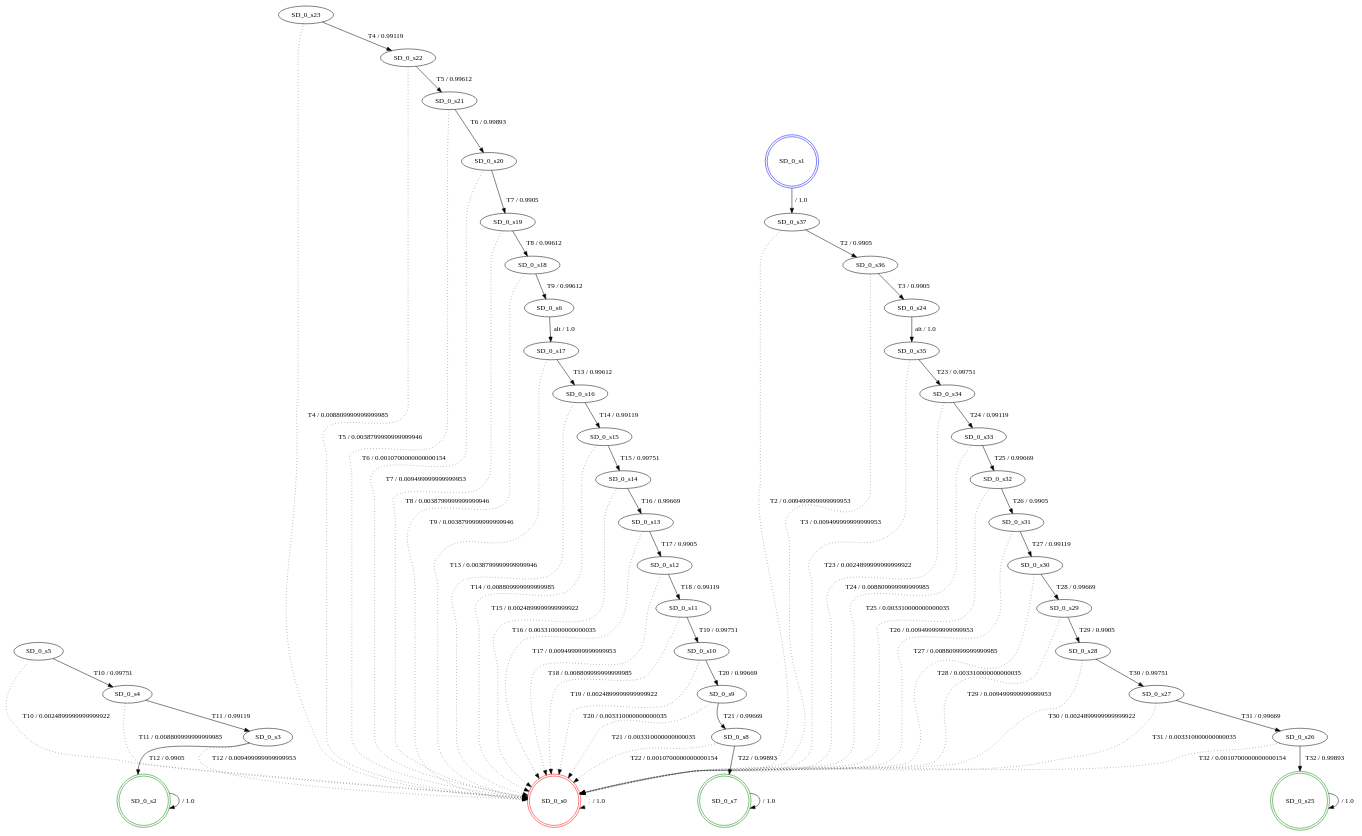
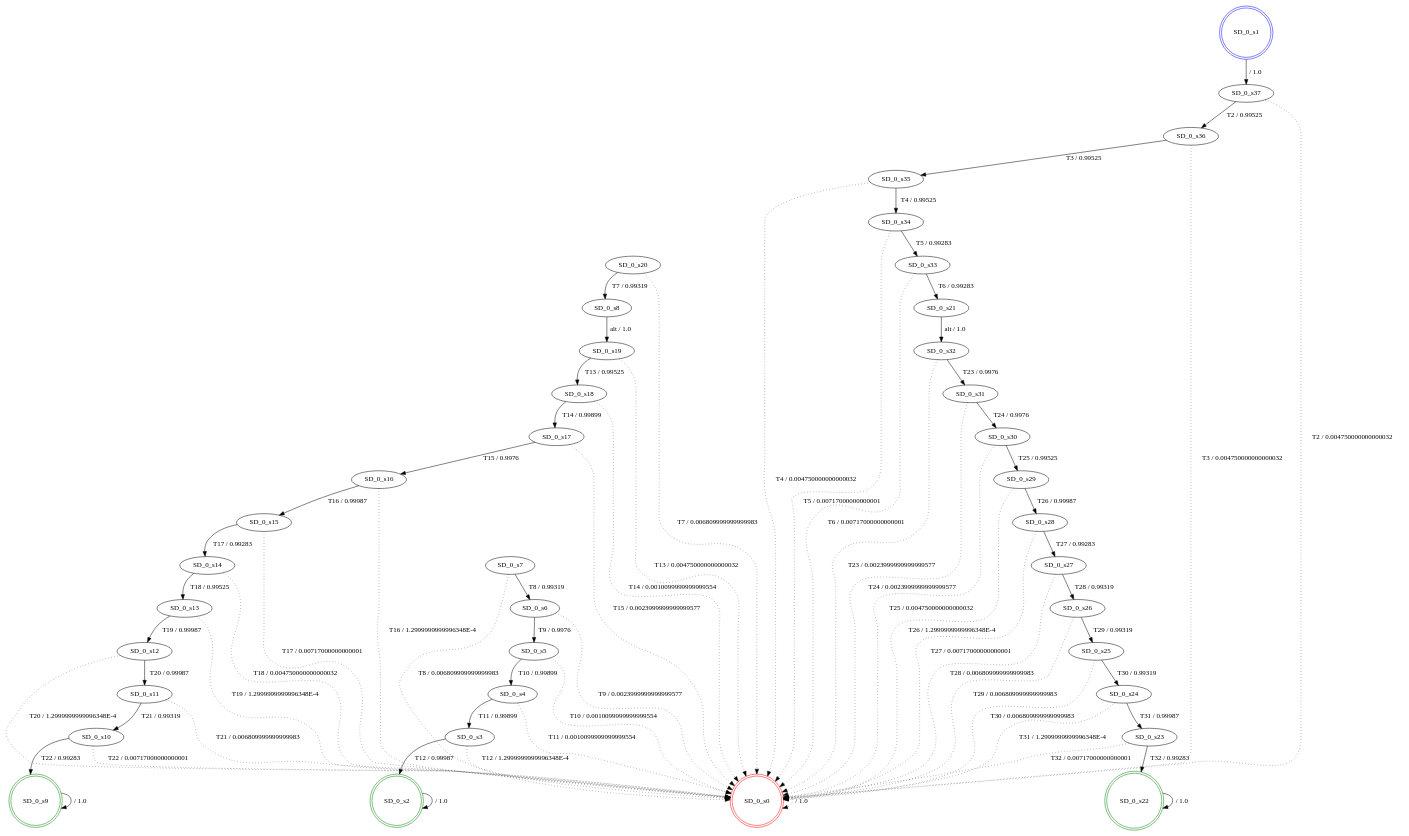
The diagram in src/results_joao/fdtmc_SD_0.dot (SPLMC/spl-generator), drawn with Graphviz before and after one commit. The commit also changed 20 other files, not shown here.

```diff
--- a/src/results_joao/fdtmc_SD_0.dot
+++ b/src/results_joao/fdtmc_SD_0.dot
@@ -1,109 +1,109 @@
 digraph graphname {
 SD_0_s0 [label="SD_0_s0",color=red,shape=doublecircle ];
 SD_0_s1 [label="SD_0_s1",color=blue,shape=doublecircle ];
 SD_0_s2 [label="SD_0_s2",color=green,shape=doublecircle ];
 SD_0_s3 [label="SD_0_s3" ];
 SD_0_s4 [label="SD_0_s4" ];
 SD_0_s5 [label="SD_0_s5" ];
 SD_0_s6 [label="SD_0_s6" ];
-SD_0_s7 [label="SD_0_s7",color=green,shape=doublecircle ];
+SD_0_s7 [label="SD_0_s7" ];
 SD_0_s8 [label="SD_0_s8" ];
-SD_0_s9 [label="SD_0_s9" ];
+SD_0_s9 [label="SD_0_s9",color=green,shape=doublecircle ];
 SD_0_s10 [label="SD_0_s10" ];
 SD_0_s11 [label="SD_0_s11" ];
 SD_0_s12 [label="SD_0_s12" ];
 SD_0_s13 [label="SD_0_s13" ];
 SD_0_s14 [label="SD_0_s14" ];
 SD_0_s15 [label="SD_0_s15" ];
 SD_0_s16 [label="SD_0_s16" ];
 SD_0_s17 [label="SD_0_s17" ];
 SD_0_s18 [label="SD_0_s18" ];
 SD_0_s19 [label="SD_0_s19" ];
 SD_0_s20 [label="SD_0_s20" ];
 SD_0_s21 [label="SD_0_s21" ];
-SD_0_s22 [label="SD_0_s22" ];
+SD_0_s22 [label="SD_0_s22",color=green,shape=doublecircle ];
 SD_0_s23 [label="SD_0_s23" ];
 SD_0_s24 [label="SD_0_s24" ];
-SD_0_s25 [label="SD_0_s25",color=green,shape=doublecircle ];
+SD_0_s25 [label="SD_0_s25" ];
 SD_0_s26 [label="SD_0_s26" ];
 SD_0_s27 [label="SD_0_s27" ];
 SD_0_s28 [label="SD_0_s28" ];
 SD_0_s29 [label="SD_0_s29" ];
 SD_0_s30 [label="SD_0_s30" ];
 SD_0_s31 [label="SD_0_s31" ];
 SD_0_s32 [label="SD_0_s32" ];
 SD_0_s33 [label="SD_0_s33" ];
 SD_0_s34 [label="SD_0_s34" ];
 SD_0_s35 [label="SD_0_s35" ];
 SD_0_s36 [label="SD_0_s36" ];
 SD_0_s37 [label="SD_0_s37" ];
 SD_0_s0 -> SD_0_s0 [label=" / 1.0", style=dotted];
 SD_0_s1 -> SD_0_s37 [label=" / 1.0"];
 SD_0_s2 -> SD_0_s2 [label=" / 1.0"];
-SD_0_s3 -> SD_0_s2 [label="T12 / 0.9905"];
-SD_0_s3 -> SD_0_s0 [label="T12 / 0.009499999999999953", style=dotted];
-SD_0_s4 -> SD_0_s3 [label="T11 / 0.99119"];
-SD_0_s4 -> SD_0_s0 [label="T11 / 0.008809999999999985", style=dotted];
-SD_0_s5 -> SD_0_s4 [label="T10 / 0.99751"];
-SD_0_s5 -> SD_0_s0 [label="T10 / 0.0024899999999999922", style=dotted];
-SD_0_s6 -> SD_0_s17 [label="alt / 1.0"];
-SD_0_s7 -> SD_0_s7 [label=" / 1.0"];
-SD_0_s8 -> SD_0_s7 [label="T22 / 0.99893"];
-SD_0_s8 -> SD_0_s0 [label="T22 / 0.0010700000000000154", style=dotted];
-SD_0_s9 -> SD_0_s8 [label="T21 / 0.99669"];
-SD_0_s9 -> SD_0_s0 [label="T21 / 0.003310000000000035", style=dotted];
-SD_0_s10 -> SD_0_s9 [label="T20 / 0.99669"];
-SD_0_s10 -> SD_0_s0 [label="T20 / 0.003310000000000035", style=dotted];
-SD_0_s11 -> SD_0_s10 [label="T19 / 0.99751"];
-SD_0_s11 -> SD_0_s0 [label="T19 / 0.0024899999999999922", style=dotted];
-SD_0_s12 -> SD_0_s11 [label="T18 / 0.99119"];
-SD_0_s12 -> SD_0_s0 [label="T18 / 0.008809999999999985", style=dotted];
-SD_0_s13 -> SD_0_s12 [label="T17 / 0.9905"];
-SD_0_s13 -> SD_0_s0 [label="T17 / 0.009499999999999953", style=dotted];
-SD_0_s14 -> SD_0_s13 [label="T16 / 0.99669"];
-SD_0_s14 -> SD_0_s0 [label="T16 / 0.003310000000000035", style=dotted];
-SD_0_s15 -> SD_0_s14 [label="T15 / 0.99751"];
-SD_0_s15 -> SD_0_s0 [label="T15 / 0.0024899999999999922", style=dotted];
-SD_0_s16 -> SD_0_s15 [label="T14 / 0.99119"];
-SD_0_s16 -> SD_0_s0 [label="T14 / 0.008809999999999985", style=dotted];
-SD_0_s17 -> SD_0_s16 [label="T13 / 0.99612"];
-SD_0_s17 -> SD_0_s0 [label="T13 / 0.0038799999999999946", style=dotted];
-SD_0_s18 -> SD_0_s6 [label="T9 / 0.99612"];
-SD_0_s18 -> SD_0_s0 [label="T9 / 0.0038799999999999946", style=dotted];
-SD_0_s19 -> SD_0_s18 [label="T8 / 0.99612"];
-SD_0_s19 -> SD_0_s0 [label="T8 / 0.0038799999999999946", style=dotted];
-SD_0_s20 -> SD_0_s19 [label="T7 / 0.9905"];
-SD_0_s20 -> SD_0_s0 [label="T7 / 0.009499999999999953", style=dotted];
-SD_0_s21 -> SD_0_s20 [label="T6 / 0.99893"];
-SD_0_s21 -> SD_0_s0 [label="T6 / 0.0010700000000000154", style=dotted];
-SD_0_s22 -> SD_0_s21 [label="T5 / 0.99612"];
-SD_0_s22 -> SD_0_s0 [label="T5 / 0.0038799999999999946", style=dotted];
-SD_0_s23 -> SD_0_s22 [label="T4 / 0.99119"];
-SD_0_s23 -> SD_0_s0 [label="T4 / 0.008809999999999985", style=dotted];
-SD_0_s24 -> SD_0_s35 [label="alt / 1.0"];
-SD_0_s25 -> SD_0_s25 [label=" / 1.0"];
-SD_0_s26 -> SD_0_s25 [label="T32 / 0.99893"];
-SD_0_s26 -> SD_0_s0 [label="T32 / 0.0010700000000000154", style=dotted];
-SD_0_s27 -> SD_0_s26 [label="T31 / 0.99669"];
-SD_0_s27 -> SD_0_s0 [label="T31 / 0.003310000000000035", style=dotted];
-SD_0_s28 -> SD_0_s27 [label="T30 / 0.99751"];
-SD_0_s28 -> SD_0_s0 [label="T30 / 0.0024899999999999922", style=dotted];
-SD_0_s29 -> SD_0_s28 [label="T29 / 0.9905"];
-SD_0_s29 -> SD_0_s0 [label="T29 / 0.009499999999999953", style=dotted];
-SD_0_s30 -> SD_0_s29 [label="T28 / 0.99669"];
-SD_0_s30 -> SD_0_s0 [label="T28 / 0.003310000000000035", style=dotted];
-SD_0_s31 -> SD_0_s30 [label="T27 / 0.99119"];
-SD_0_s31 -> SD_0_s0 [label="T27 / 0.008809999999999985", style=dotted];
-SD_0_s32 -> SD_0_s31 [label="T26 / 0.9905"];
-SD_0_s32 -> SD_0_s0 [label="T26 / 0.009499999999999953", style=dotted];
-SD_0_s33 -> SD_0_s32 [label="T25 / 0.99669"];
-SD_0_s33 -> SD_0_s0 [label="T25 / 0.003310000000000035", style=dotted];
-SD_0_s34 -> SD_0_s33 [label="T24 / 0.99119"];
-SD_0_s34 -> SD_0_s0 [label="T24 / 0.008809999999999985", style=dotted];
-SD_0_s35 -> SD_0_s34 [label="T23 / 0.99751"];
-SD_0_s35 -> SD_0_s0 [label="T23 / 0.0024899999999999922", style=dotted];
-SD_0_s36 -> SD_0_s24 [label="T3 / 0.9905"];
-SD_0_s36 -> SD_0_s0 [label="T3 / 0.009499999999999953", style=dotted];
-SD_0_s37 -> SD_0_s36 [label="T2 / 0.9905"];
-SD_0_s37 -> SD_0_s0 [label="T2 / 0.009499999999999953", style=dotted];
+SD_0_s3 -> SD_0_s2 [label="T12 / 0.99987"];
+SD_0_s3 -> SD_0_s0 [label="T12 / 1.2999999999996348E-4", style=dotted];
+SD_0_s4 -> SD_0_s3 [label="T11 / 0.99899"];
+SD_0_s4 -> SD_0_s0 [label="T11 / 0.0010099999999999554", style=dotted];
+SD_0_s5 -> SD_0_s4 [label="T10 / 0.99899"];
+SD_0_s5 -> SD_0_s0 [label="T10 / 0.0010099999999999554", style=dotted];
+SD_0_s6 -> SD_0_s5 [label="T9 / 0.9976"];
+SD_0_s6 -> SD_0_s0 [label="T9 / 0.0023999999999999577", style=dotted];
+SD_0_s7 -> SD_0_s6 [label="T8 / 0.99319"];
+SD_0_s7 -> SD_0_s0 [label="T8 / 0.006809999999999983", style=dotted];
+SD_0_s8 -> SD_0_s19 [label="alt / 1.0"];
+SD_0_s9 -> SD_0_s9 [label=" / 1.0"];
+SD_0_s10 -> SD_0_s9 [label="T22 / 0.99283"];
+SD_0_s10 -> SD_0_s0 [label="T22 / 0.00717000000000001", style=dotted];
+SD_0_s11 -> SD_0_s10 [label="T21 / 0.99319"];
+SD_0_s11 -> SD_0_s0 [label="T21 / 0.006809999999999983", style=dotted];
+SD_0_s12 -> SD_0_s11 [label="T20 / 0.99987"];
+SD_0_s12 -> SD_0_s0 [label="T20 / 1.2999999999996348E-4", style=dotted];
+SD_0_s13 -> SD_0_s12 [label="T19 / 0.99987"];
+SD_0_s13 -> SD_0_s0 [label="T19 / 1.2999999999996348E-4", style=dotted];
+SD_0_s14 -> SD_0_s13 [label="T18 / 0.99525"];
+SD_0_s14 -> SD_0_s0 [label="T18 / 0.004750000000000032", style=dotted];
+SD_0_s15 -> SD_0_s14 [label="T17 / 0.99283"];
+SD_0_s15 -> SD_0_s0 [label="T17 / 0.00717000000000001", style=dotted];
+SD_0_s16 -> SD_0_s15 [label="T16 / 0.99987"];
+SD_0_s16 -> SD_0_s0 [label="T16 / 1.2999999999996348E-4", style=dotted];
+SD_0_s17 -> SD_0_s16 [label="T15 / 0.9976"];
+SD_0_s17 -> SD_0_s0 [label="T15 / 0.0023999999999999577", style=dotted];
+SD_0_s18 -> SD_0_s17 [label="T14 / 0.99899"];
+SD_0_s18 -> SD_0_s0 [label="T14 / 0.0010099999999999554", style=dotted];
+SD_0_s19 -> SD_0_s18 [label="T13 / 0.99525"];
+SD_0_s19 -> SD_0_s0 [label="T13 / 0.004750000000000032", style=dotted];
+SD_0_s20 -> SD_0_s8 [label="T7 / 0.99319"];
+SD_0_s20 -> SD_0_s0 [label="T7 / 0.006809999999999983", style=dotted];
+SD_0_s21 -> SD_0_s32 [label="alt / 1.0"];
+SD_0_s22 -> SD_0_s22 [label=" / 1.0"];
+SD_0_s23 -> SD_0_s22 [label="T32 / 0.99283"];
+SD_0_s23 -> SD_0_s0 [label="T32 / 0.00717000000000001", style=dotted];
+SD_0_s24 -> SD_0_s23 [label="T31 / 0.99987"];
+SD_0_s24 -> SD_0_s0 [label="T31 / 1.2999999999996348E-4", style=dotted];
+SD_0_s25 -> SD_0_s24 [label="T30 / 0.99319"];
+SD_0_s25 -> SD_0_s0 [label="T30 / 0.006809999999999983", style=dotted];
+SD_0_s26 -> SD_0_s25 [label="T29 / 0.99319"];
+SD_0_s26 -> SD_0_s0 [label="T29 / 0.006809999999999983", style=dotted];
+SD_0_s27 -> SD_0_s26 [label="T28 / 0.99319"];
+SD_0_s27 -> SD_0_s0 [label="T28 / 0.006809999999999983", style=dotted];
+SD_0_s28 -> SD_0_s27 [label="T27 / 0.99283"];
+SD_0_s28 -> SD_0_s0 [label="T27 / 0.00717000000000001", style=dotted];
+SD_0_s29 -> SD_0_s28 [label="T26 / 0.99987"];
+SD_0_s29 -> SD_0_s0 [label="T26 / 1.2999999999996348E-4", style=dotted];
+SD_0_s30 -> SD_0_s29 [label="T25 / 0.99525"];
+SD_0_s30 -> SD_0_s0 [label="T25 / 0.004750000000000032", style=dotted];
+SD_0_s31 -> SD_0_s30 [label="T24 / 0.9976"];
+SD_0_s31 -> SD_0_s0 [label="T24 / 0.0023999999999999577", style=dotted];
+SD_0_s32 -> SD_0_s31 [label="T23 / 0.9976"];
+SD_0_s32 -> SD_0_s0 [label="T23 / 0.0023999999999999577", style=dotted];
+SD_0_s33 -> SD_0_s21 [label="T6 / 0.99283"];
+SD_0_s33 -> SD_0_s0 [label="T6 / 0.00717000000000001", style=dotted];
+SD_0_s34 -> SD_0_s33 [label="T5 / 0.99283"];
+SD_0_s34 -> SD_0_s0 [label="T5 / 0.00717000000000001", style=dotted];
+SD_0_s35 -> SD_0_s34 [label="T4 / 0.99525"];
+SD_0_s35 -> SD_0_s0 [label="T4 / 0.004750000000000032", style=dotted];
+SD_0_s36 -> SD_0_s35 [label="T3 / 0.99525"];
+SD_0_s36 -> SD_0_s0 [label="T3 / 0.004750000000000032", style=dotted];
+SD_0_s37 -> SD_0_s36 [label="T2 / 0.99525"];
+SD_0_s37 -> SD_0_s0 [label="T2 / 0.004750000000000032", style=dotted];
 }
```
